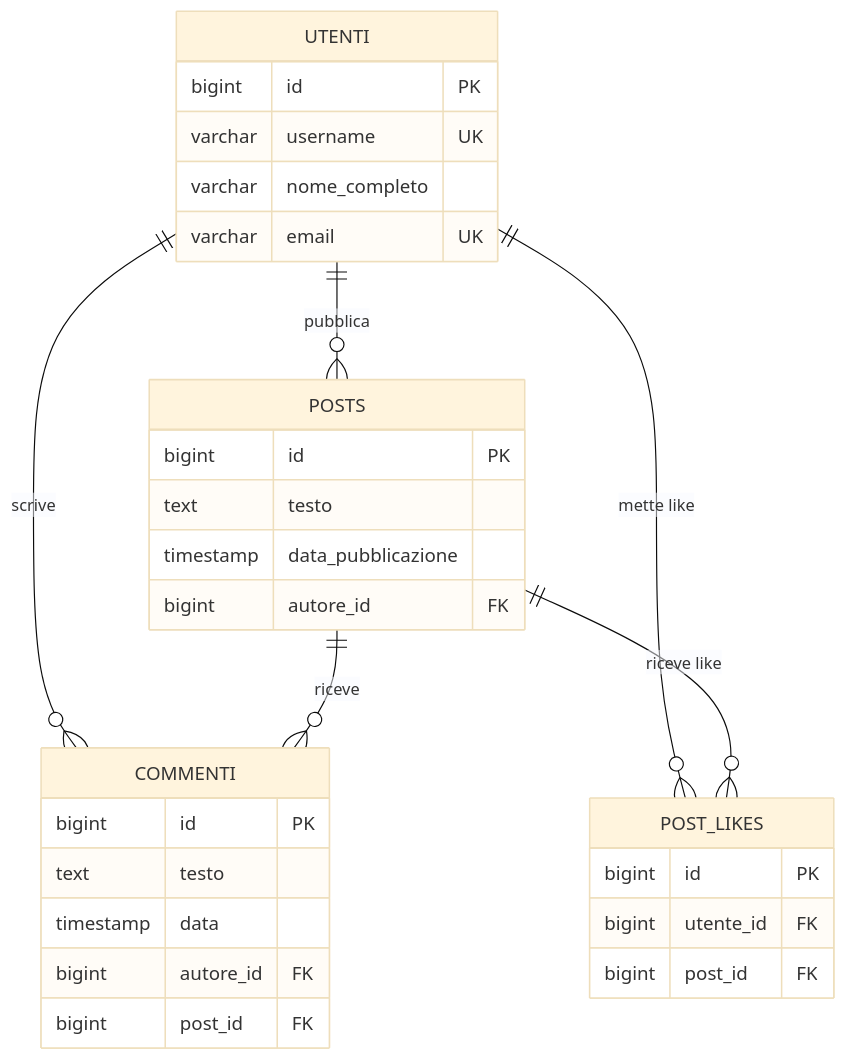
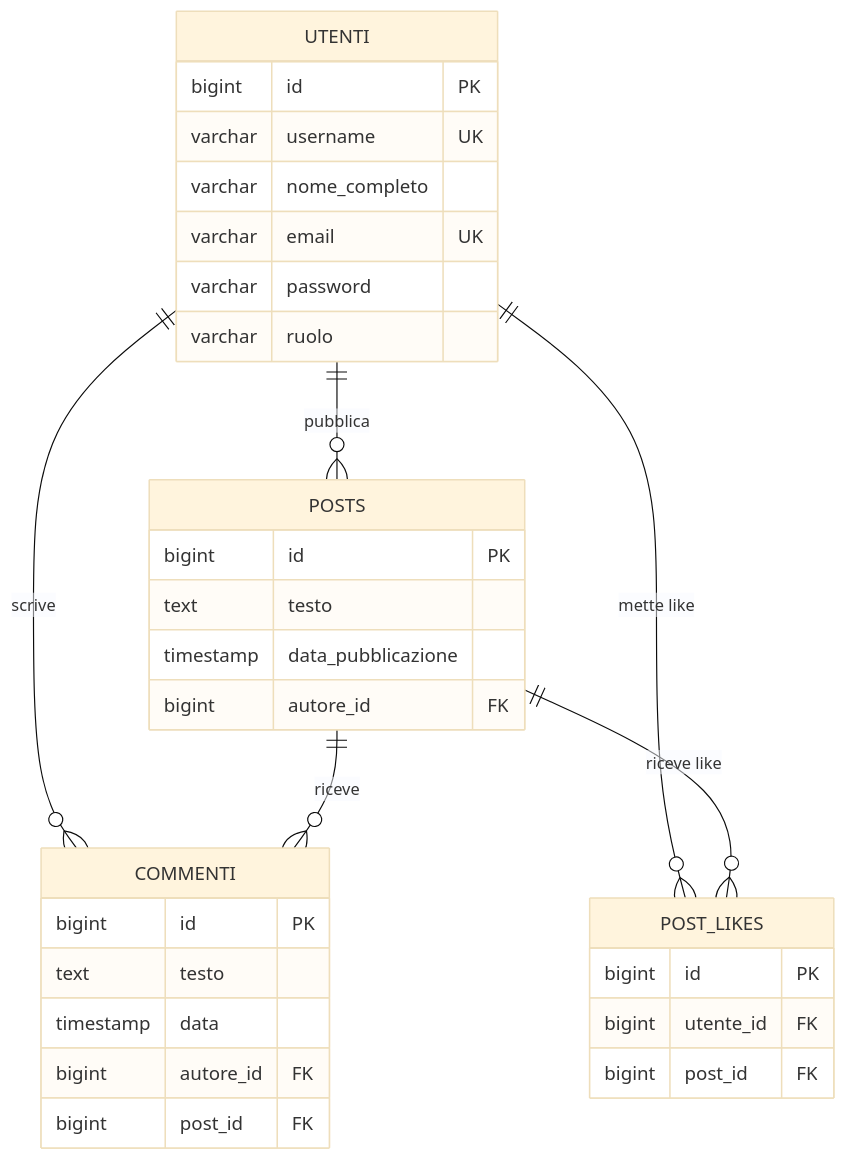
One commit to YharaLandi/SocialNetwork1.0 changed the diagram in README.md. Above: the diagram before and after it, drawn with Mermaid (base theme). The commit also changed other lines of this file, not shown here.

````diff
--- a/README.md
+++ b/README.md
@@ -68,33 +132,35 @@
 ```mermaid
 erDiagram
     UTENTI {
         bigint id PK
         varchar username UK
         varchar nome_completo
         varchar email UK
+        varchar password
+        varchar ruolo
     }
     POSTS {
         bigint id PK
         text testo
         timestamp data_pubblicazione
         bigint autore_id FK
     }
     COMMENTI {
         bigint id PK
         text testo
         timestamp data
         bigint autore_id FK
         bigint post_id FK
     }
     POST_LIKES {
         bigint id PK
         bigint utente_id FK
         bigint post_id FK
     }
 
     UTENTI ||--o{ POSTS : "pubblica"
     UTENTI ||--o{ COMMENTI : "scrive"
     UTENTI ||--o{ POST_LIKES : "mette like"
     POSTS ||--o{ COMMENTI : "riceve"
     POSTS ||--o{ POST_LIKES : "riceve like"
 ```
````
